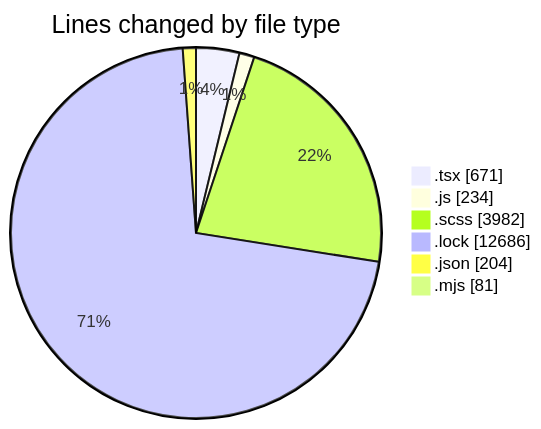
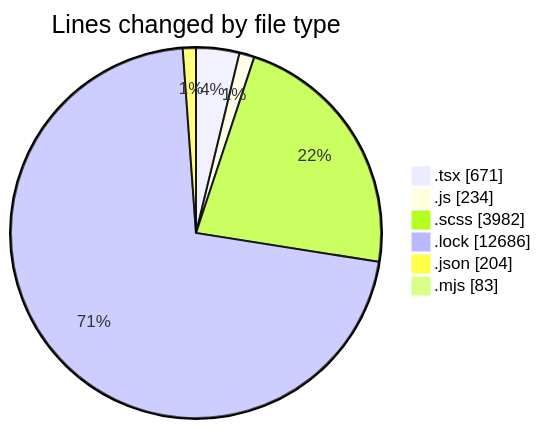
The first of 2 diagrams in 2026-01-22/cda-web-components/README.md (momahboobian/code-tracking), drawn with Mermaid before and after one commit. The commit also changed other lines of this file and 1 other file, not shown here.

````diff
--- a/2026-01-22/cda-web-components/README.md
+++ b/2026-01-22/cda-web-components/README.md
@@ -58,10 +58,10 @@
 ```mermaid
 pie showData
 title Lines changed by file type
 ".tsx" : 671
 ".js" : 234
 ".scss" : 3982
 ".lock" : 12686
 ".json" : 204
-".mjs" : 81
+".mjs" : 83
 ```
````
